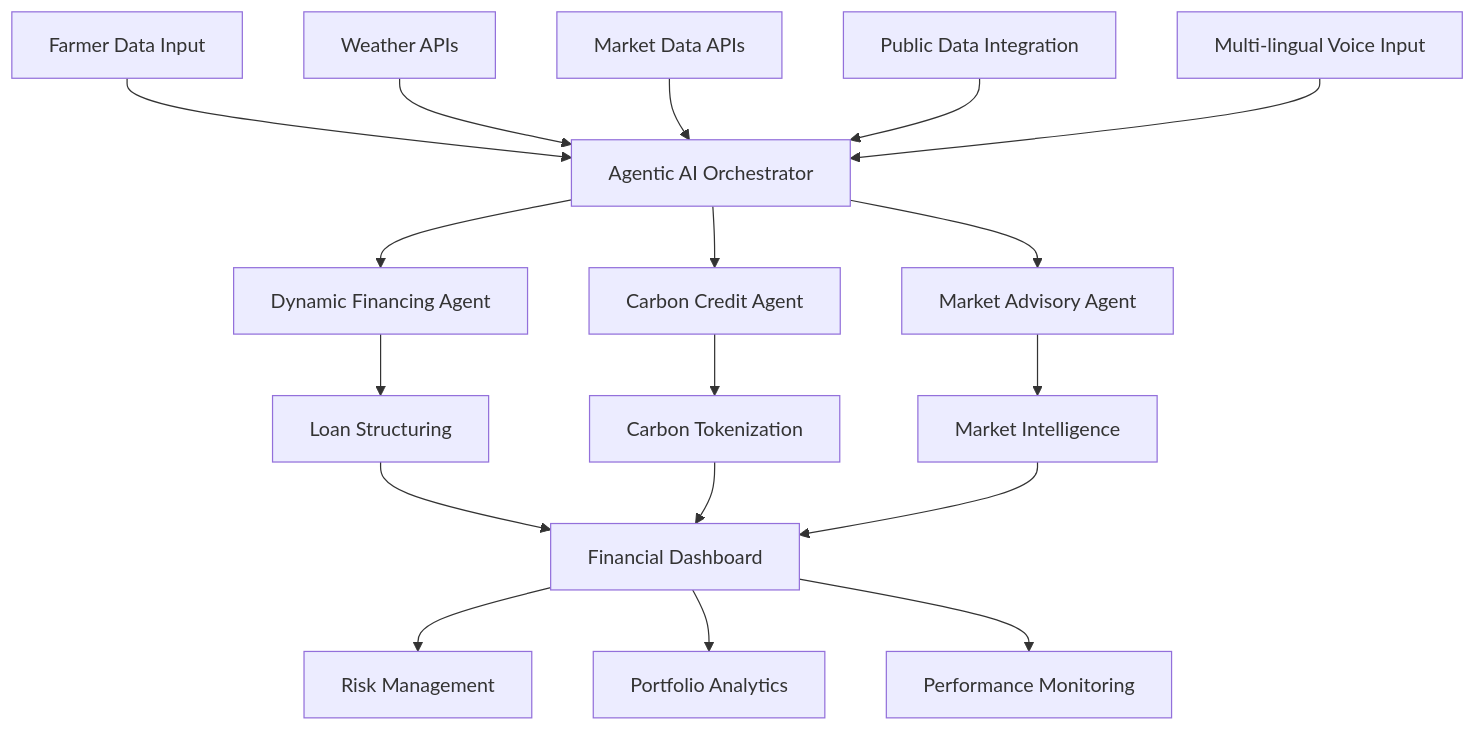
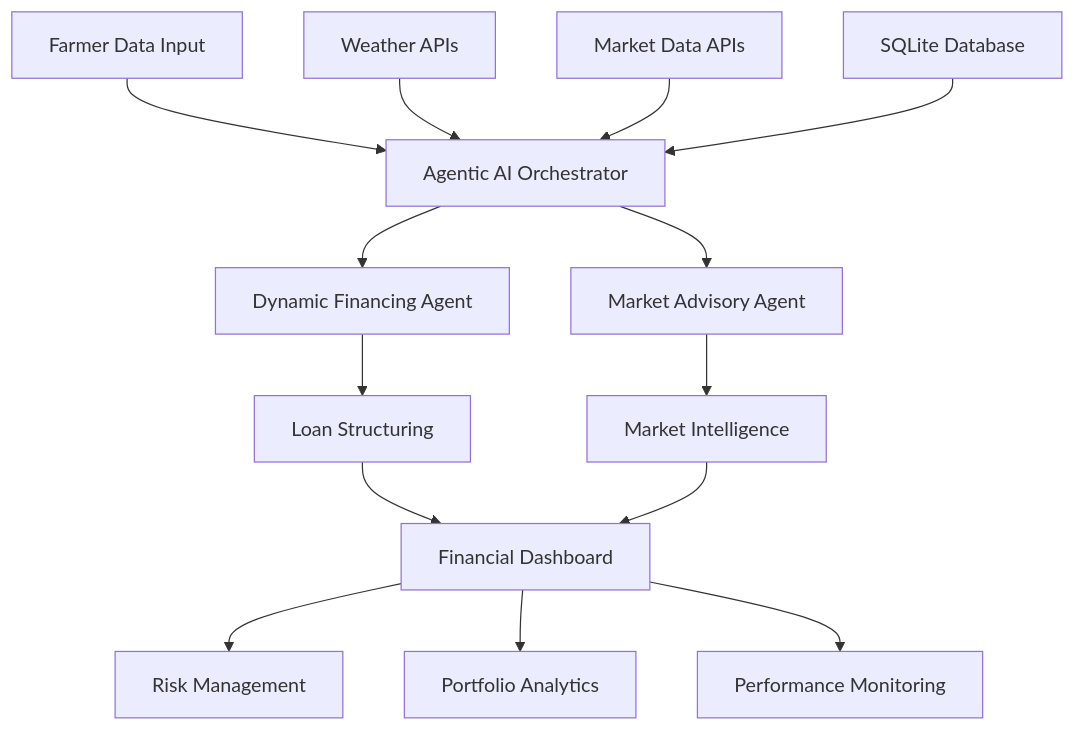
The second of 2 diagrams in README.md (Aastik-Srivastava/AgriCredAI), drawn with Mermaid before and after one commit. The commit also changed other lines of this file and 20 other files, not shown here.

````diff
--- a/README.md
+++ b/README.md
@@ -149,24 +89,20 @@
 ```mermaid
 graph TB
     A[Farmer Data Input] --> B[Agentic AI Orchestrator]
     B --> C[Dynamic Financing Agent]
-    B --> D[Carbon Credit Agent] 
     B --> E[Market Advisory Agent]
     
     F[Weather APIs] --> B
     G[Market Data APIs] --> B
-    H[Public Data Integration] --> B
-    I[Multi-lingual Voice Input] --> B
+    H[SQLite Database] --> B
     
     C --> J[Loan Structuring]
-    D --> K[Carbon Tokenization]
     E --> L[Market Intelligence]
     
     J --> M[Financial Dashboard]
-    K --> M
     L --> M
     
     M --> N[Risk Management]
     M --> O[Portfolio Analytics]
     M --> P[Performance Monitoring]
 ```
````
